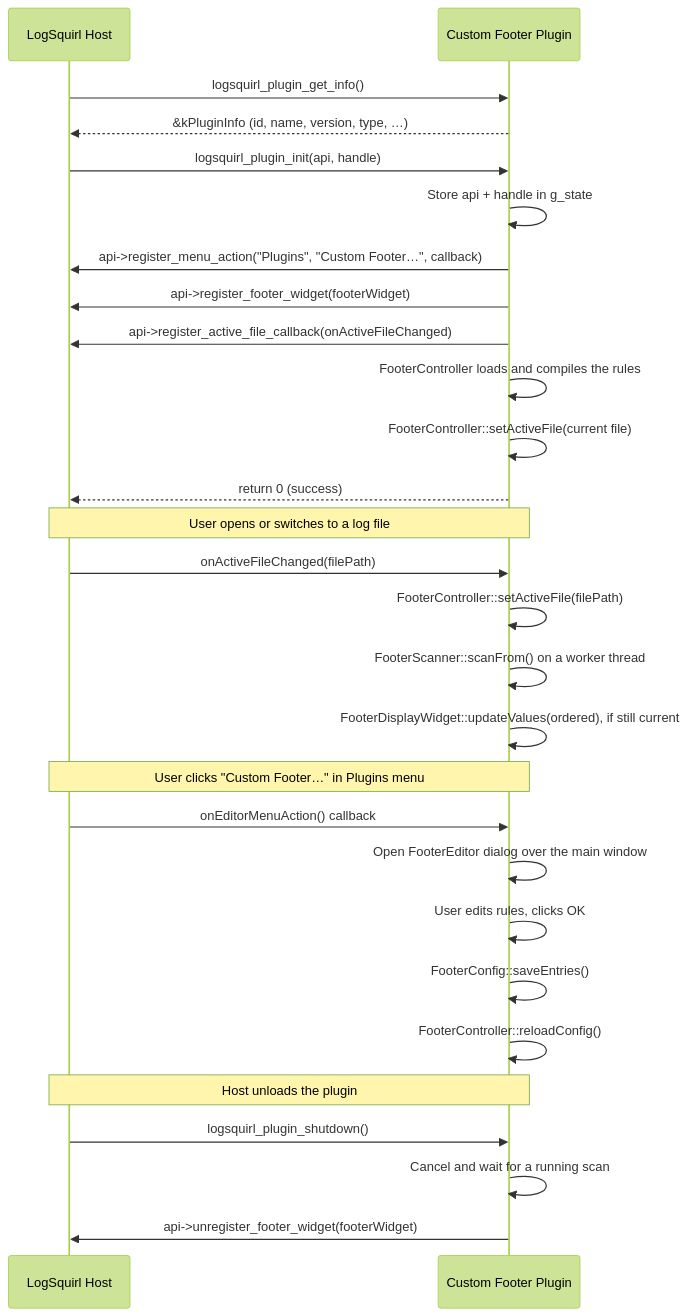
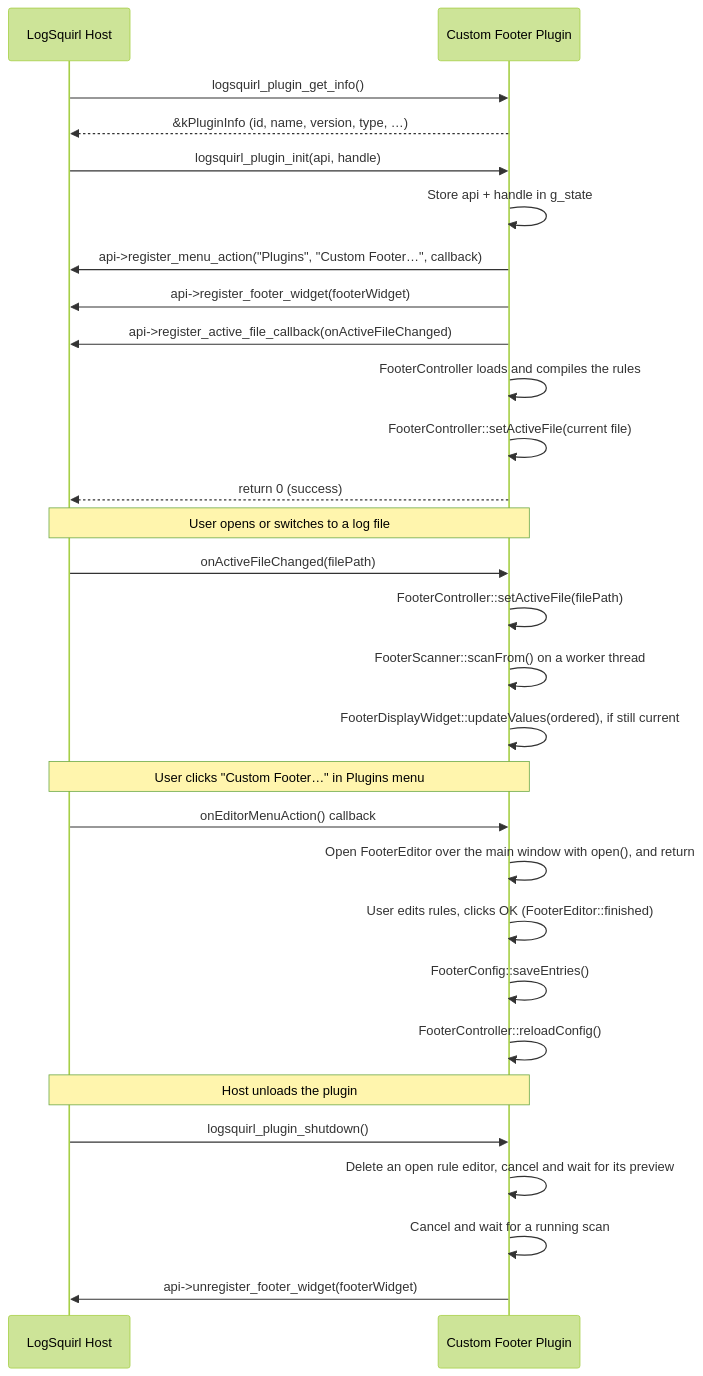
Before and after one commit to 64x-lunicorn/LogSquirl-CustomFooter: the diagram in docs/DEVELOPER_GUIDE.md, drawn with Mermaid (forest theme). The commit also changed other lines of this file and 2 other files, not shown here.

First line of the commit message:
Document how the editor's preview follows the file and shuts down (#16)

````diff
--- a/docs/DEVELOPER_GUIDE.md
+++ b/docs/DEVELOPER_GUIDE.md
@@ -23,38 +23,39 @@
 ```mermaid
 sequenceDiagram
     participant Host as LogSquirl Host
     participant Plugin as Custom Footer Plugin
 
     Host->>Plugin: logsquirl_plugin_get_info()
     Plugin-->>Host: &kPluginInfo (id, name, version, type, …)
 
     Host->>Plugin: logsquirl_plugin_init(api, handle)
     Plugin->>Plugin: Store api + handle in g_state
     Plugin->>Host: api->register_menu_action("Plugins", "Custom Footer…", callback)
     Plugin->>Host: api->register_footer_widget(footerWidget)
     Plugin->>Host: api->register_active_file_callback(onActiveFileChanged)
     Plugin->>Plugin: FooterController loads and compiles the rules
     Plugin->>Plugin: FooterController::setActiveFile(current file)
     Plugin-->>Host: return 0 (success)
 
     Note over Host,Plugin: User opens or switches to a log file
 
     Host->>Plugin: onActiveFileChanged(filePath)
     Plugin->>Plugin: FooterController::setActiveFile(filePath)
     Plugin->>Plugin: FooterScanner::scanFrom() on a worker thread
     Plugin->>Plugin: FooterDisplayWidget::updateValues(ordered), if still current
 
     Note over Host,Plugin: User clicks "Custom Footer…" in Plugins menu
 
     Host->>Plugin: onEditorMenuAction() callback
-    Plugin->>Plugin: Open FooterEditor dialog over the main window
-    Plugin->>Plugin: User edits rules, clicks OK
+    Plugin->>Plugin: Open FooterEditor over the main window with open(), and return
+    Plugin->>Plugin: User edits rules, clicks OK (FooterEditor::finished)
     Plugin->>Plugin: FooterConfig::saveEntries()
     Plugin->>Plugin: FooterController::reloadConfig()
 
     Note over Host,Plugin: Host unloads the plugin
 
     Host->>Plugin: logsquirl_plugin_shutdown()
+    Plugin->>Plugin: Delete an open rule editor, cancel and wait for its preview
     Plugin->>Plugin: Cancel and wait for a running scan
     Plugin->>Host: api->unregister_footer_widget(footerWidget)
 ```
````
